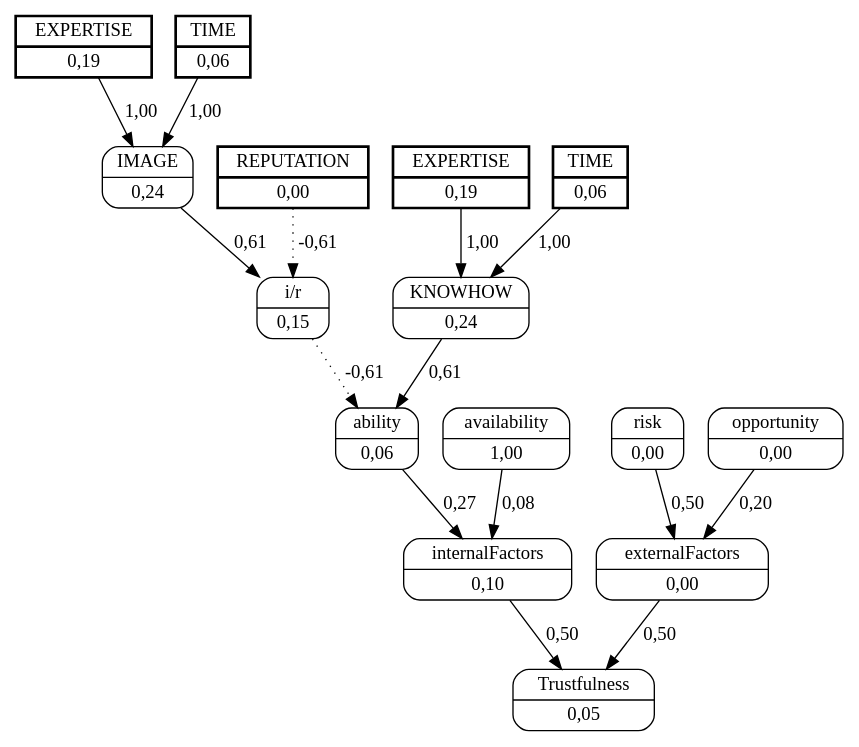
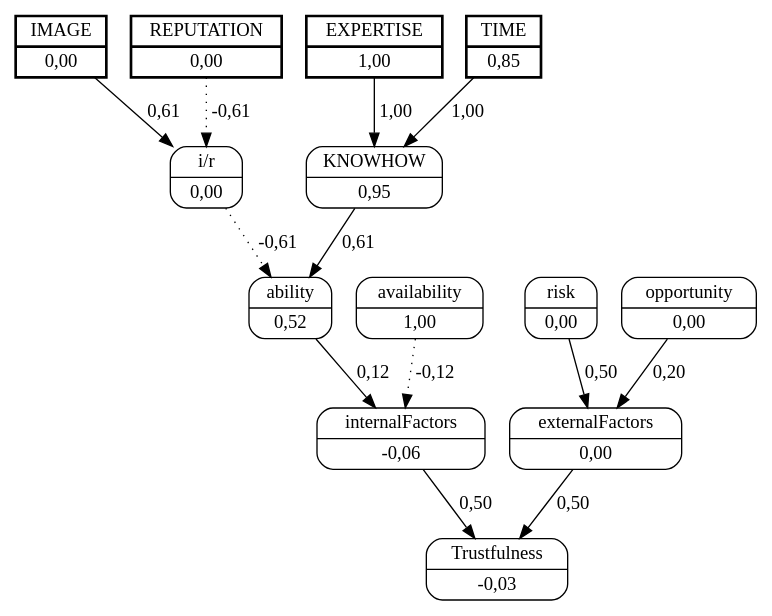
One commit to jjbaqueta/unload_experiment changed the diagram in unload_boxes/dots/worker_2helper_8.dot. Above: the diagram before and after it, drawn with Graphviz. The commit also changed 297 other files, not shown here.

```diff
--- a/unload_boxes/dots/worker_2helper_8.dot
+++ b/unload_boxes/dots/worker_2helper_8.dot
@@ -1,34 +1,29 @@
 digraph FCM_net{
 	node [shape=record, style=rounded]
-	11 [label="{EXPERTISE | 0,19}", style=bold, penwidth=2, peripheries=2];
-	12 [label="{TIME | 0,06}", style=bold, penwidth=2, peripheries=2];
+	0 [label="{IMAGE | 0,00}", style=bold, penwidth=2, peripheries=2];
 	1 [label="{REPUTATION | 0,00}", style=bold, penwidth=2, peripheries=2];
-	13 [label="{EXPERTISE | 0,19}", style=bold, penwidth=2, peripheries=2];
-	14 [label="{TIME | 0,06}", style=bold, penwidth=2, peripheries=2];
-	0 [label="{IMAGE | 0,24}"];
-	1 [label="{REPUTATION | 0,00}"];
-	2 [label="{KNOWHOW | 0,24}"];
-	3 [label="{i/r | 0,15}"];
-	4 [label="{ability | 0,06}"];
+	11 [label="{EXPERTISE | 1,00}", style=bold, penwidth=2, peripheries=2];
+	12 [label="{TIME | 0,85}", style=bold, penwidth=2, peripheries=2];
+	0 [label="{IMAGE | 0,00}"];
+	2 [label="{KNOWHOW | 0,95}"];
+	3 [label="{i/r | 0,00}"];
+	4 [label="{ability | 0,52}"];
 	5 [label="{availability | 1,00}"];
-	6 [label="{internalFactors | 0,10}"];
+	6 [label="{internalFactors | -0,06}"];
 	7 [label="{risk | 0,00}"];
 	8 [label="{opportunity | 0,00}"];
 	9 [label="{externalFactors | 0,00}"];
-	10 [label="{Trustfulness | 0,05}"];
-	11 [label="{EXPERTISE | 0,19}"];
+	10 [label="{Trustfulness | -0,03}"];
 	0 -> 3 [label = "0,61"];
 	1 -> 3 [label = "-0,61", style=dotted];
 	3 -> 4 [label = "-0,61", style=dotted];
 	2 -> 4 [label = "0,61"];
-	4 -> 6 [label = "0,27"];
-	5 -> 6 [label = "0,08"];
+	4 -> 6 [label = "0,12"];
+	5 -> 6 [label = "-0,12", style=dotted];
 	6 -> 10 [label = "0,50"];
 	7 -> 9 [label = "0,50"];
 	8 -> 9 [label = "0,20"];
 	9 -> 10 [label = "0,50"];
-	11 -> 0 [label = "1,00"];
-	12 -> 0 [label = "1,00"];
-	13 -> 2 [label = "1,00"];
-	14 -> 2 [label = "1,00"];
+	11 -> 2 [label = "1,00"];
+	12 -> 2 [label = "1,00"];
 }
```
